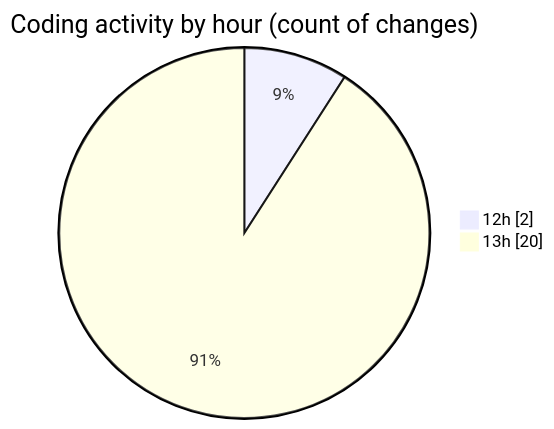
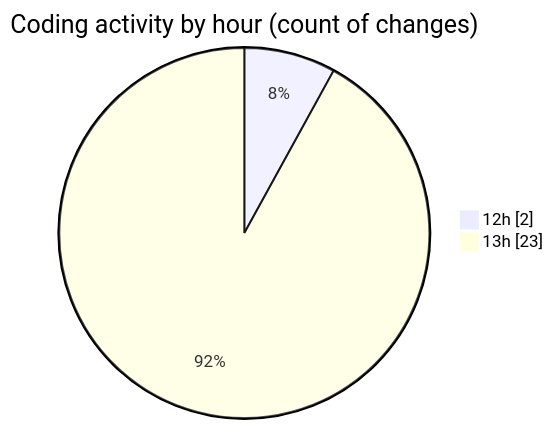
The second of 2 diagrams in 2025-06-20/studio-backend/README.md (idhammustaqopulfikri/code-tracking), drawn with Mermaid before and after one commit. The commit also changed other lines of this file and 1 other file, not shown here.

````diff
--- a/2025-06-20/studio-backend/README.md
+++ b/2025-06-20/studio-backend/README.md
@@ -31,6 +31,6 @@
 ```mermaid
 pie showData
 title Coding activity by hour (count of changes)
 "12h" : 2
-"13h" : 20
+"13h" : 23
 ```
````
